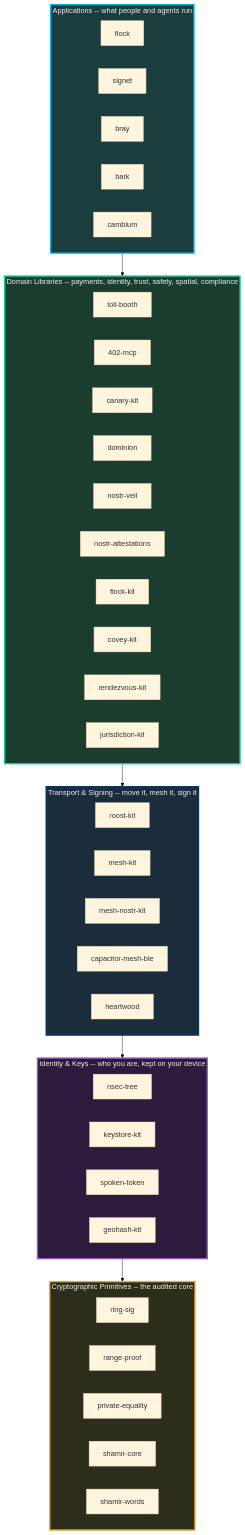
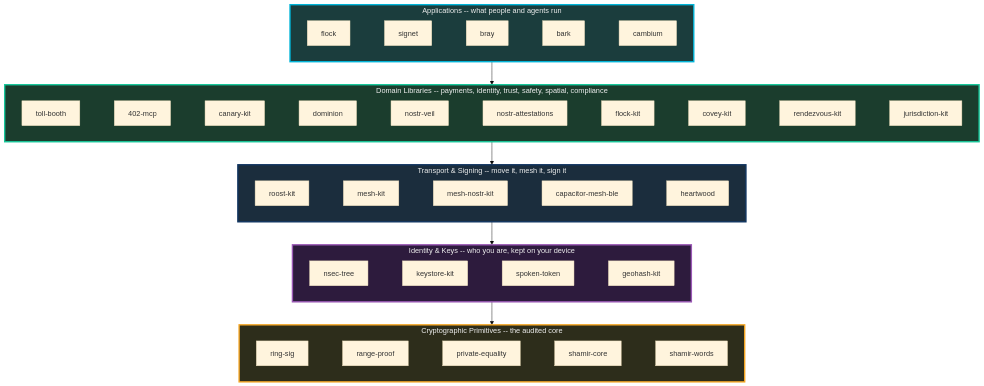
The first of 3 diagrams in docs/ecosystem-overview.md (forgesworn/.github), drawn with Mermaid (base theme) before and after one commit. The commit also changed 2 other files, not shown here.

Commit message:
docs: lay out architecture diagram as horizontal layers + add standalone SVG/PNG
The layer nodes had no edges, so direction LR was ignored and each layer
stacked into a tall column. Added invisible ~~~ chains so each layer renders
as a horizontal band. Exported the result as a transparent SVG and a dark-bg
PNG for slides, README, and the site.

```diff
--- a/docs/ecosystem-overview.md
+++ b/docs/ecosystem-overview.md
@@ -17,6 +17,7 @@
         A_BRAY["bray"]
         A_BARK["bark"]
         A_CAMBIUM["cambium"]
+        A_FLOCK ~~~ A_SIGNET ~~~ A_BRAY ~~~ A_BARK ~~~ A_CAMBIUM
     end
 
     subgraph L2["Domain Libraries -- payments, identity, trust, safety, spatial, compliance"]
@@ -31,6 +32,7 @@
         D_COVEY["covey-kit"]
         D_RDV["rendezvous-kit"]
         D_JURIS["jurisdiction-kit"]
+        D_TOLL ~~~ D_402 ~~~ D_CANARY ~~~ D_DOMINION ~~~ D_VEIL ~~~ D_ATTEST ~~~ D_FLOCKKIT ~~~ D_COVEY ~~~ D_RDV ~~~ D_JURIS
     end
 
     subgraph L3["Transport & Signing -- move it, mesh it, sign it"]
@@ -40,6 +42,7 @@
         T_MESHN["mesh-nostr-kit"]
         T_BLE["capacitor-mesh-ble"]
         T_HEART["heartwood"]
+        T_ROOST ~~~ T_MESH ~~~ T_MESHN ~~~ T_BLE ~~~ T_HEART
     end
 
     subgraph L4["Identity & Keys -- who you are, kept on your device"]
@@ -48,6 +51,7 @@
         K_KEYSTORE["keystore-kit"]
         K_SPOKEN["spoken-token"]
         K_GEO["geohash-kit"]
+        K_NSEC ~~~ K_KEYSTORE ~~~ K_SPOKEN ~~~ K_GEO
     end
 
     subgraph L5["Cryptographic Primitives -- the audited core"]
@@ -57,6 +61,7 @@
         C_PE["private-equality"]
         C_SHAMIR["shamir-core"]
         C_SHAMIRW["shamir-words"]
+        C_RING ~~~ C_RANGE ~~~ C_PE ~~~ C_SHAMIR ~~~ C_SHAMIRW
     end
 
     L1 --> L2
```
